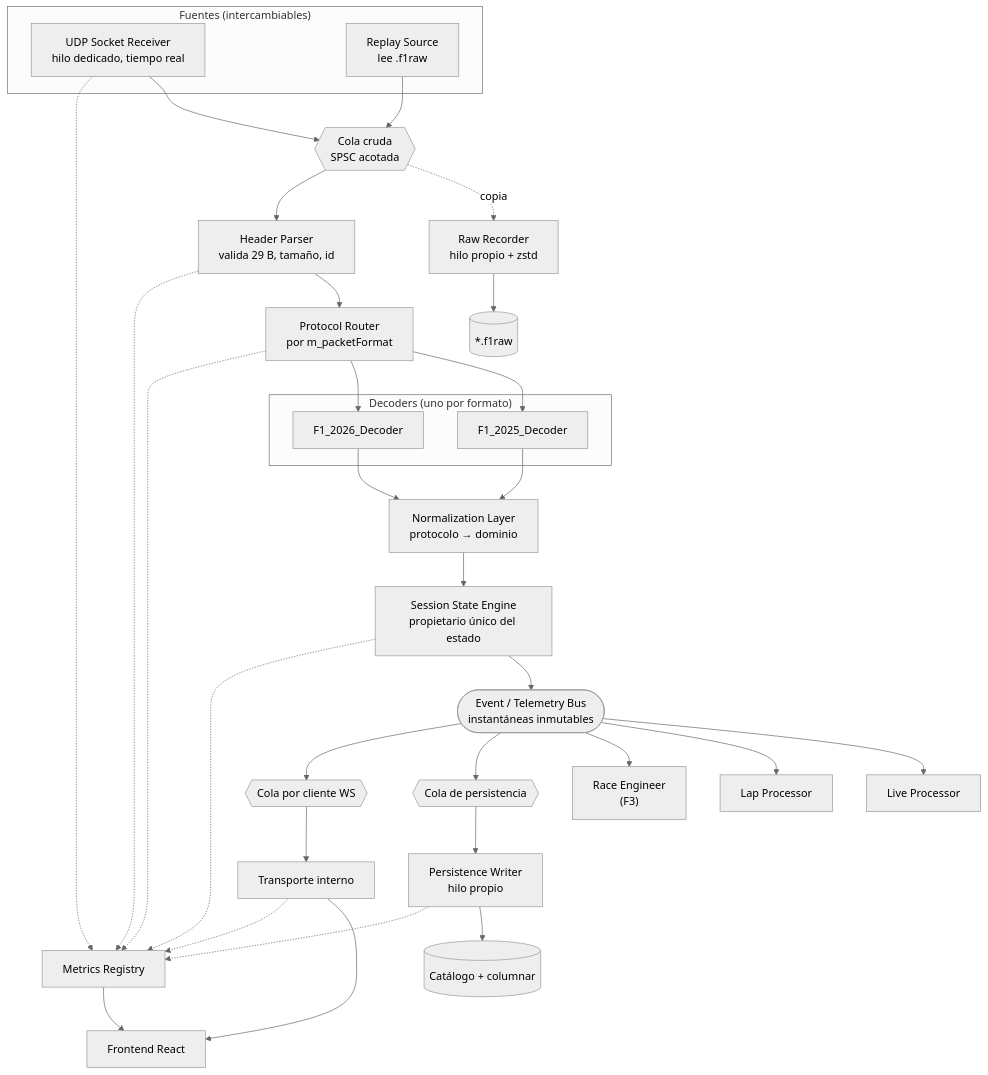
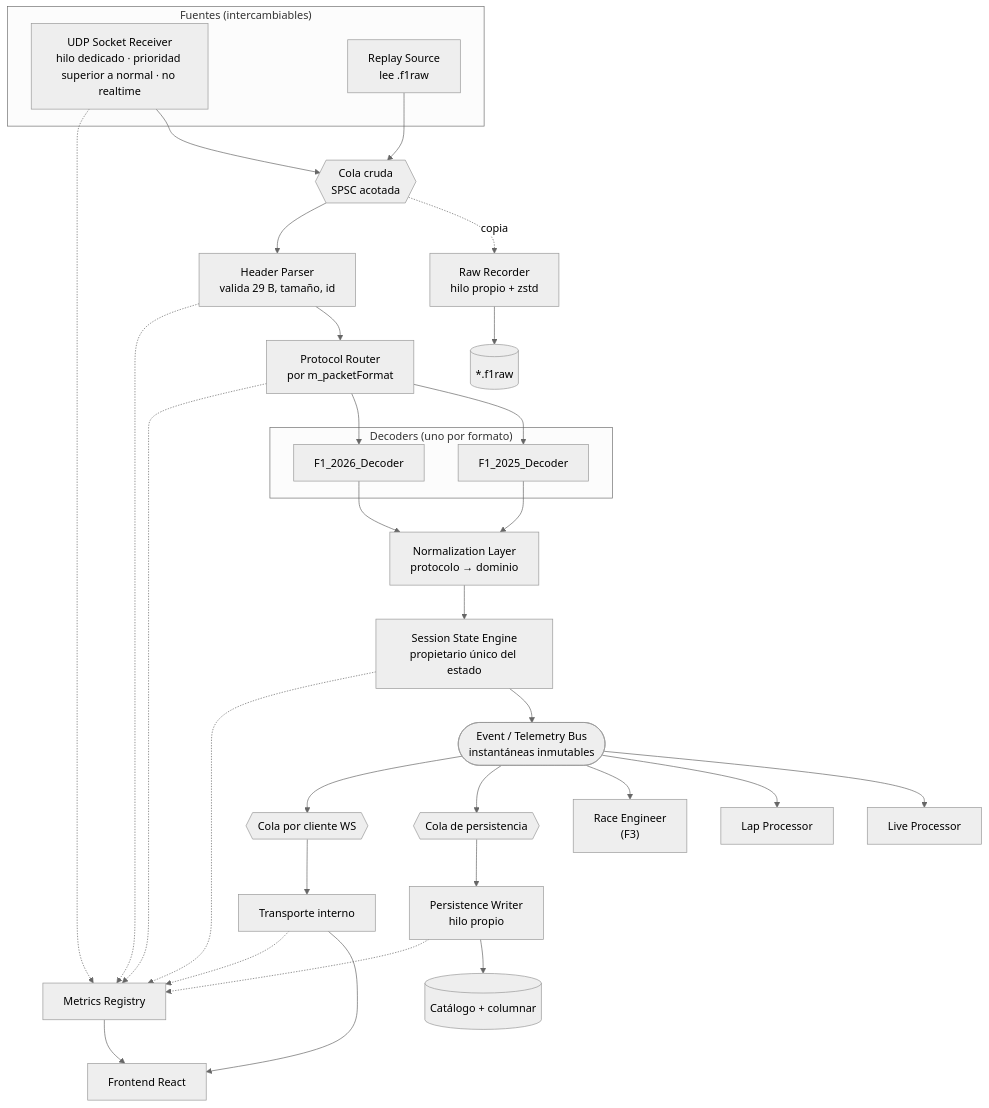
The fifth of 13 diagrams in docs/01-REQUIREMENTS.md (Luisbloom/pitwall), drawn with Mermaid (neutral theme) before and after one commit. The commit also changed other lines of this file and 26 other files, not shown here.

````diff
--- a/docs/01-REQUIREMENTS.md
+++ b/docs/01-REQUIREMENTS.md
@@ -1466,57 +1466,57 @@
 ```mermaid
 graph TB
     subgraph SRC["Fuentes (intercambiables)"]
-        UDP["UDP Socket Receiver<br/>hilo dedicado, tiempo real"]
+        UDP["UDP Socket Receiver<br/>hilo dedicado · prioridad superior a normal · no realtime"]
         RPL["Replay Source<br/>lee .f1raw"]
     end
 
     RAWQ{{"Cola cruda<br/>SPSC acotada"}}
     UDP --> RAWQ
     RPL --> RAWQ
 
     REC["Raw Recorder<br/>hilo propio + zstd"]
     RAWQ -.->|copia| REC
     REC --> RAWF[("*.f1raw")]
 
     HDR["Header Parser<br/>valida 29 B, tamaño, id"]
     RAWQ --> HDR
     HDR --> ROUTE["Protocol Router<br/>por m_packetFormat"]
 
     subgraph DEC["Decoders (uno por formato)"]
         D25["F1_2025_Decoder"]
         D26["F1_2026_Decoder"]
     end
     ROUTE --> D25
     ROUTE --> D26
 
     NORM["Normalization Layer<br/>protocolo → dominio"]
     D25 --> NORM
     D26 --> NORM
 
     STATE["Session State Engine<br/>propietario único del estado"]
     NORM --> STATE
 
     BUS(["Event / Telemetry Bus<br/>instantáneas inmutables"])
     STATE --> BUS
 
     BUS --> LIVE["Live Processor"]
     BUS --> LAPP["Lap Processor"]
     BUS --> ENG["Race Engineer<br/>(F3)"]
     BUS --> PERSQ{{"Cola de persistencia"}}
     BUS --> WSQ{{"Cola por cliente WS"}}
 
     PERSQ --> PERS["Persistence Writer<br/>hilo propio"]
     PERS --> CAT[("Catálogo + columnar")]
 
     WSQ --> WS["Transporte interno"]
     WS --> UIF["Frontend React"]
 
     MET["Metrics Registry"]
     UDP -.-> MET
     HDR -.-> MET
     ROUTE -.-> MET
     STATE -.-> MET
     PERS -.-> MET
     WS -.-> MET
     MET --> UIF
 ```
````
